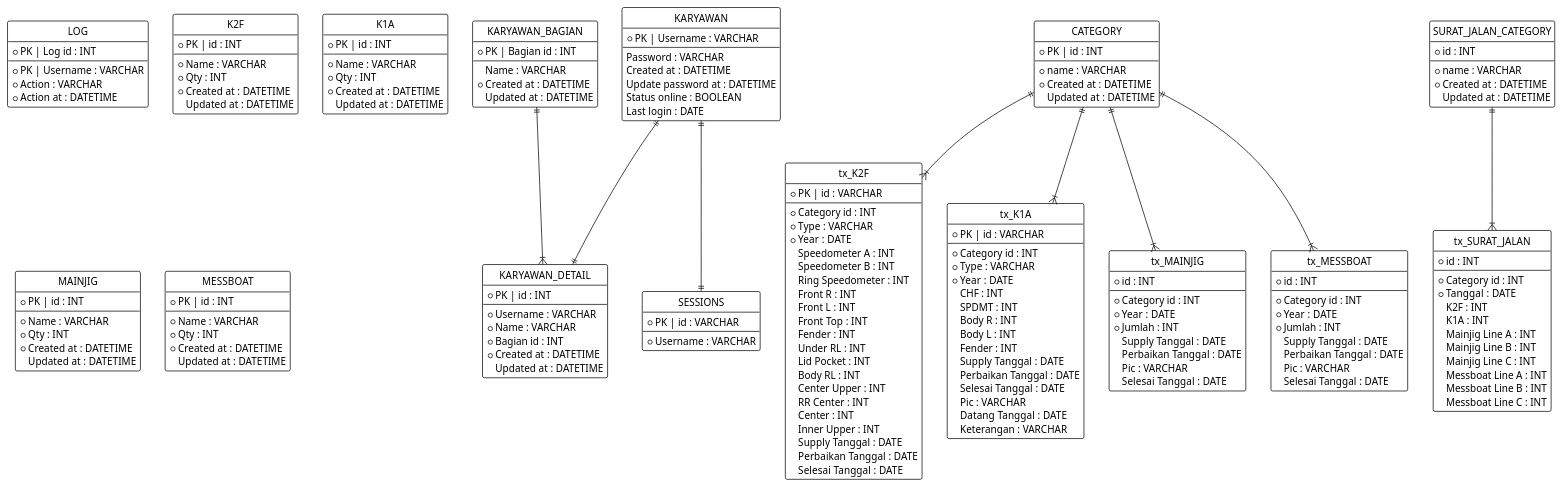
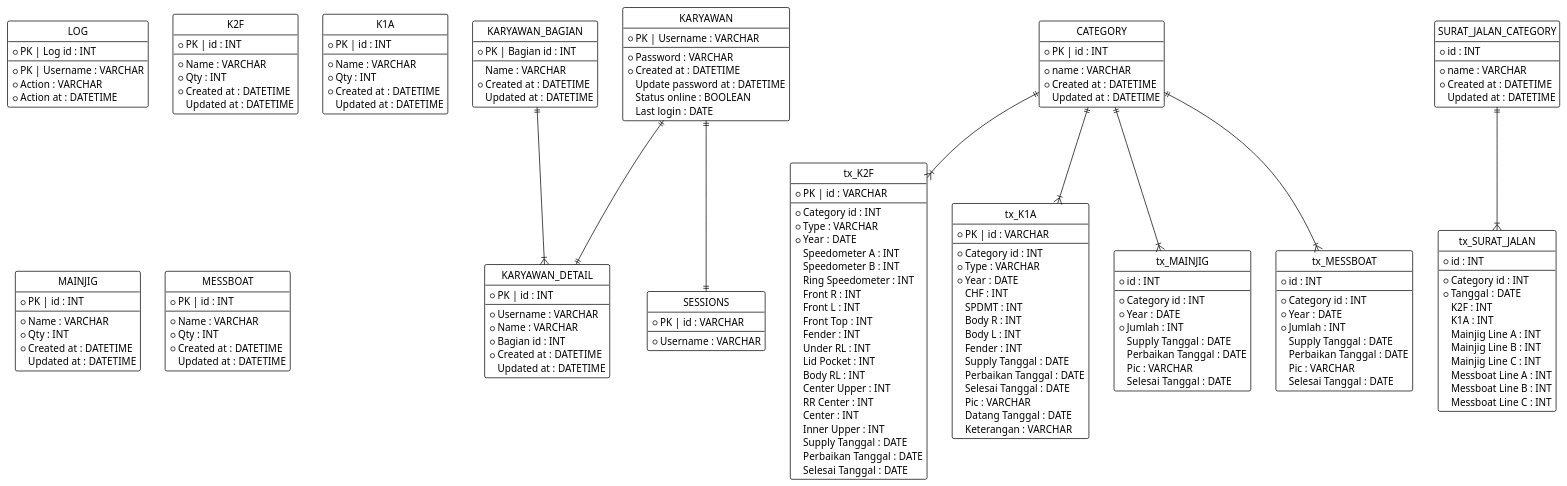
The diagram in Diagrams/ERD.puml (marlisumarli/hanger-scheduling), drawn with PlantUML before and after one commit. The commit also changed 1 other file, not shown here.

Commit message:
Update database and UML

```diff
--- a/Diagrams/ERD.puml
+++ b/Diagrams/ERD.puml
@@ -1,194 +1,194 @@
 @startuml
 
 hide circle
 !theme plain
 
 entity KARYAWAN{
 * PK | Username : VARCHAR
 --
-Password : VARCHAR
-Created at : DATETIME
+* Password : VARCHAR
+* Created at : DATETIME
 Update password at : DATETIME
 Status online : BOOLEAN
 Last login : DATE
 }
 
 entity KARYAWAN_DETAIL{
 * PK | id : INT
 --
 * Username : VARCHAR
 * Name : VARCHAR
 * Bagian id : INT
 * Created at : DATETIME
 Updated at : DATETIME
 }
 
 entity KARYAWAN_BAGIAN{
 * PK | Bagian id : INT
 --
 Name : VARCHAR
 * Created at : DATETIME
 Updated at : DATETIME
 }
 
 entity SESSIONS{
 * PK | id : VARCHAR
 --
 * Username : VARCHAR
 }
 
 entity LOG{
 * PK | Log id : INT
 --
 * PK | Username : VARCHAR
 * Action : VARCHAR
 * Action at : DATETIME
 }
 
 entity CATEGORY{
 * PK | id : INT
 --
 * name : VARCHAR
 * Created at : DATETIME
 Updated at : DATETIME
 }
 
 entity K2F{
 * PK | id : INT
 --
 * Name : VARCHAR
 * Qty : INT
 * Created at : DATETIME
 Updated at : DATETIME
 }
 
 entity K1A{
 * PK | id : INT
 --
 * Name : VARCHAR
 * Qty : INT
 * Created at : DATETIME
 Updated at : DATETIME
 }
 
 entity MAINJIG{
 * PK | id : INT
 --
 * Name : VARCHAR
 * Qty : INT
 * Created at : DATETIME
 Updated at : DATETIME
 }
 
 entity MESSBOAT{
 * PK | id : INT
 --
 * Name : VARCHAR
 * Qty : INT
 * Created at : DATETIME
 Updated at : DATETIME
 }
 
 entity tx_K2F{
 * PK | id : VARCHAR
 --
 * Category id : INT
 * Type : VARCHAR
 * Year : DATE
 Speedometer A : INT
 Speedometer B : INT
 Ring Speedometer : INT
 Front R : INT
 Front L : INT
 Front Top : INT
 Fender : INT
 Under RL : INT
 Lid Pocket : INT
 Body RL : INT
 Center Upper : INT
 RR Center : INT
 Center : INT
 Inner Upper : INT
 Supply Tanggal : DATE
 Perbaikan Tanggal : DATE
 Selesai Tanggal : DATE
 }
 
 entity tx_K1A{
 * PK | id : VARCHAR
 --
 * Category id : INT
 * Type : VARCHAR
 * Year : DATE
 CHF : INT
 SPDMT : INT
 Body R : INT
 Body L : INT
 Fender : INT
 Supply Tanggal : DATE
 Perbaikan Tanggal : DATE
 Selesai Tanggal : DATE
 Pic : VARCHAR
 Datang Tanggal : DATE
 Keterangan : VARCHAR
 }
 
 entity tx_MAINJIG{
 * id : INT
 --
 * Category id : INT
 * Year : DATE
 * Jumlah : INT
 Supply Tanggal : DATE
 Perbaikan Tanggal : DATE
 Pic : VARCHAR
 Selesai Tanggal : DATE
 }
 
 entity tx_MESSBOAT{
 * id : INT
 --
 * Category id : INT
 * Year : DATE
 * Jumlah : INT
 Supply Tanggal : DATE
 Perbaikan Tanggal : DATE
 Pic : VARCHAR
 Selesai Tanggal : DATE
 }
 
 
 
 entity SURAT_JALAN_CATEGORY{
 * id : INT
 --
 * name : VARCHAR
 * Created at : DATETIME
 Updated at : DATETIME
 }
 
 entity tx_SURAT_JALAN{
 * id : INT
 --
 * Category id : INT
 * Tanggal : DATE
 K2F : INT
 K1A : INT
 Mainjig Line A : INT
 Mainjig Line B : INT
 Mainjig Line C : INT
 Messboat Line A : INT
 Messboat Line B : INT
 Messboat Line C : INT
 }
 
 KARYAWAN_BAGIAN||--|{KARYAWAN_DETAIL
 KARYAWAN||--||KARYAWAN_DETAIL
 KARYAWAN||--||SESSIONS
 CATEGORY||--|{tx_K2F
 CATEGORY||--|{tx_K1A
 CATEGORY||--|{tx_MAINJIG
 CATEGORY||--|{tx_MESSBOAT
 SURAT_JALAN_CATEGORY||--|{tx_SURAT_JALAN
 
 @enduml
```
